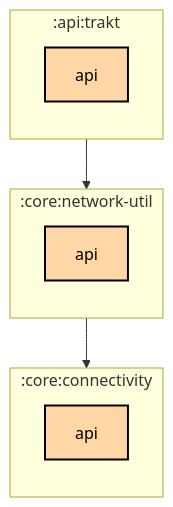
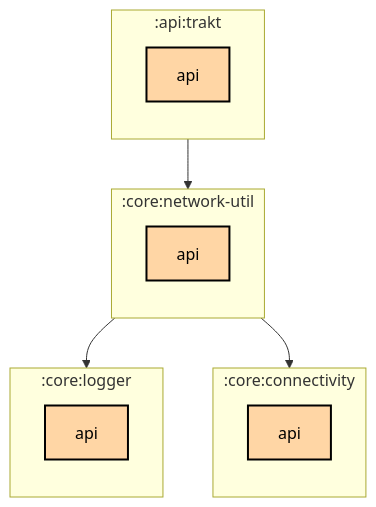
The first of 2 diagrams in api/trakt/api/README.md (thomaskioko/tv-maniac), drawn with Mermaid before and after one commit. The commit also changed 184 other files, not shown here.

````diff
--- a/api/trakt/api/README.md
+++ b/api/trakt/api/README.md
@@ -6,24 +6,29 @@
 ```mermaid
 graph TB
   subgraph :api:trakt
     direction TB
     :api:trakt:api[api]:::multiplatform
   end
   subgraph :core:connectivity
     direction TB
     :core:connectivity:api[api]:::multiplatform
   end
+  subgraph :core:logger
+    direction TB
+    :core:logger:api[api]:::multiplatform
+  end
   subgraph :core:network-util
     direction TB
     :core:network-util:api[api]:::multiplatform
   end
 
   :api:trakt:api --> :core:network-util:api
   :core:network-util:api --> :core:connectivity:api
+  :core:network-util:api --> :core:logger:api
 
 classDef application fill:#CAFFBF,stroke:#000,stroke-width:2px,color:#000;
 classDef multiplatform fill:#FFD6A5,stroke:#000,stroke-width:2px,color:#000;
 classDef android-library fill:#9BF6FF,stroke:#000,stroke-width:2px,color:#000;
 classDef jvm-library fill:#BDB2FF,stroke:#000,stroke-width:2px,color:#000;
 classDef unknown fill:#FFADAD,stroke:#000,stroke-width:2px,color:#000;
 ```
````
